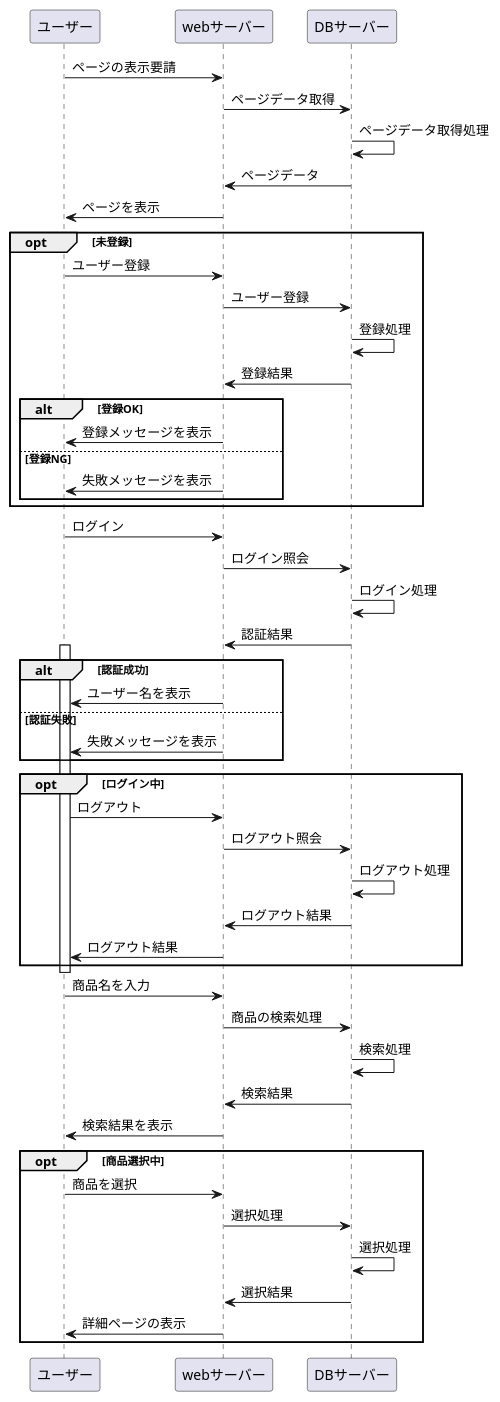
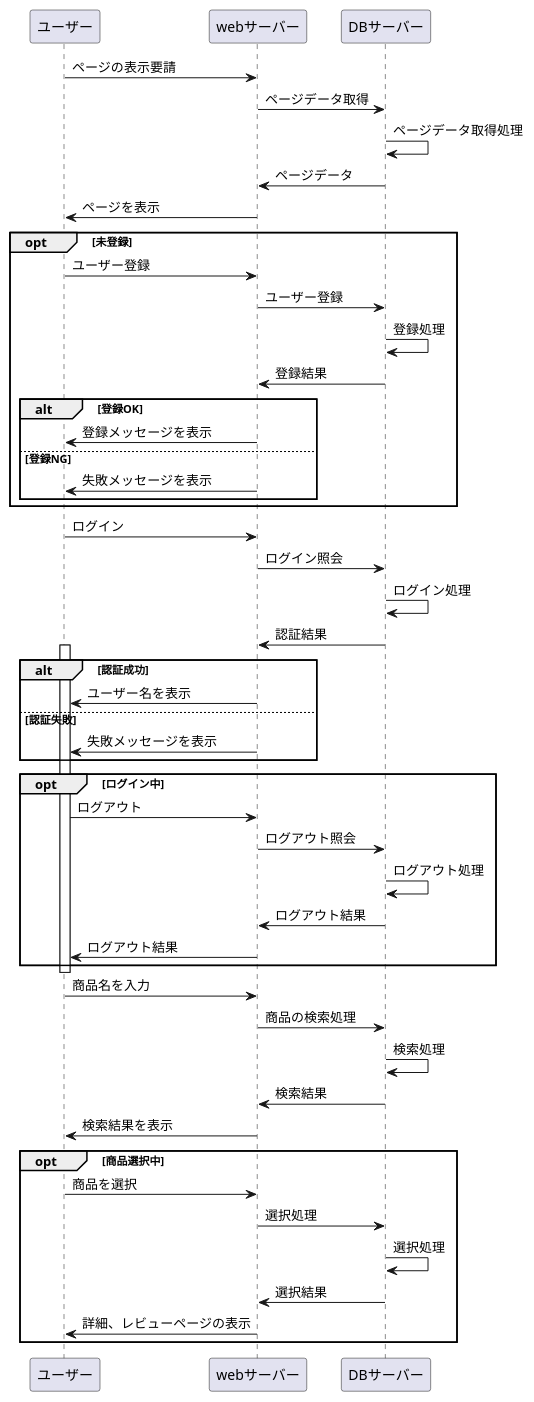
Before and after one commit to Aso2001019/2021sys-design: the diagram in kadai8.md, drawn with PlantUML.

````diff
--- a/kadai8.md
+++ b/kadai8.md
@@ -1,70 +1,70 @@
 ```uml
 @startuml
 ユーザー -> webサーバー : ページの表示要請
 webサーバー -> DBサーバー : ページデータ取得
 DBサーバー -> DBサーバー : ページデータ取得処理
 DBサーバー -> webサーバー : ページデータ
 webサーバー -> ユーザー : ページを表示
 
 opt 未登録
 
 ユーザー -> webサーバー : ユーザー登録
 webサーバー -> DBサーバー : ユーザー登録
 DBサーバー -> DBサーバー : 登録処理
 DBサーバー -> webサーバー : 登録結果
 
 alt 登録OK
 webサーバー -> ユーザー : 登録メッセージを表示
 
 else 登録NG
 webサーバー -> ユーザー : 失敗メッセージを表示
 
 end
 
 end
 
 ユーザー -> webサーバー : ログイン
 webサーバー -> DBサーバー : ログイン照会
 DBサーバー -> DBサーバー : ログイン処理
 DBサーバー -> webサーバー : 認証結果
 
 activate ユーザー
 
 alt 認証成功
 webサーバー -> ユーザー : ユーザー名を表示
 
 else 認証失敗
 webサーバー -> ユーザー : 失敗メッセージを表示
 
 end
 
 opt ログイン中
 
 ユーザー -> webサーバー : ログアウト
 webサーバー -> DBサーバー : ログアウト照会
 DBサーバー -> DBサーバー : ログアウト処理
 DBサーバー -> webサーバー : ログアウト結果
 webサーバー -> ユーザー : ログアウト結果
 
 end
 
 deactivate ユーザー
 
 ユーザー -> webサーバー : 商品名を入力
 webサーバー -> DBサーバー : 商品の検索処理
 DBサーバー -> DBサーバー : 検索処理
 DBサーバー -> webサーバー : 検索結果
 webサーバー -> ユーザー : 検索結果を表示
 
 opt 商品選択中
 
 ユーザー -> webサーバー : 商品を選択
 webサーバー -> DBサーバー : 選択処理
 DBサーバー -> DBサーバー : 選択処理
 DBサーバー -> webサーバー : 選択結果
-webサーバー -> ユーザー : 詳細ページの表示
+webサーバー -> ユーザー : 詳細、レビューページの表示
 
 end
 
 @enduml
 ```
````
